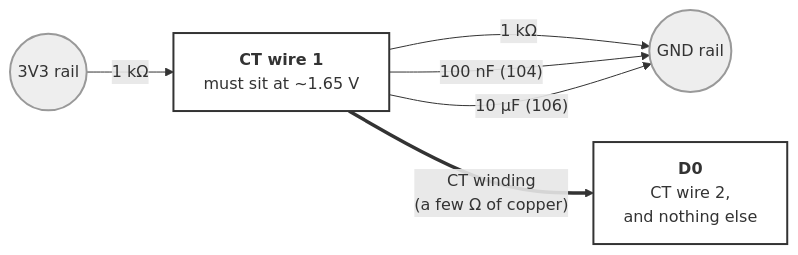
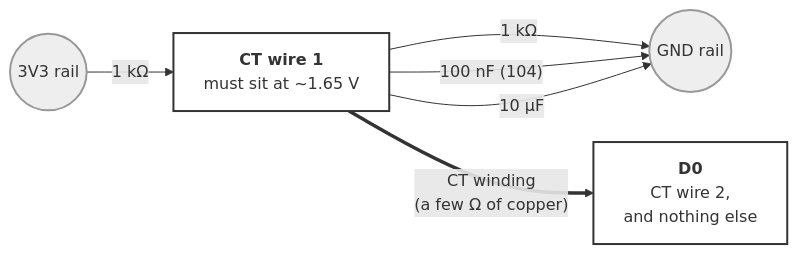
Before and after one commit to jeff-engineers/dustgate: the first of 4 diagrams in firmware/WIRING.md, drawn with Mermaid. The commit also changed other lines of this file and 2 other files, not shown here.

Commit message:
CT bias bulk cap is a 10 uF electrolytic, as the planer-sensor node runs (BOM, WIRING.md, the wiring page)

````diff
--- a/firmware/WIRING.md
+++ b/firmware/WIRING.md
@@ -1115,11 +1115,11 @@
 ```mermaid
 flowchart LR
   V3(("3V3 rail")):::rail -- "1 kΩ" --> ROW
   ROW -- "1 kΩ" --> G(("GND rail")):::rail
   ROW -- "100 nF (104)" --> G
-  ROW -- "10 µF (106)" --> G
+  ROW -- "10 µF" --> G
   ROW["<b>CT wire 1</b><br/>must sit at ~1.65 V"]:::node
   ROW == "CT winding<br/>(a few Ω of copper)" ==> D0["<b>D0</b><br/>CT wire 2,<br/>and nothing else"]:::node
   classDef rail fill:#eee,stroke:#999
   classDef node fill:#fff,stroke:#333,stroke-width:2px
 ```
````
